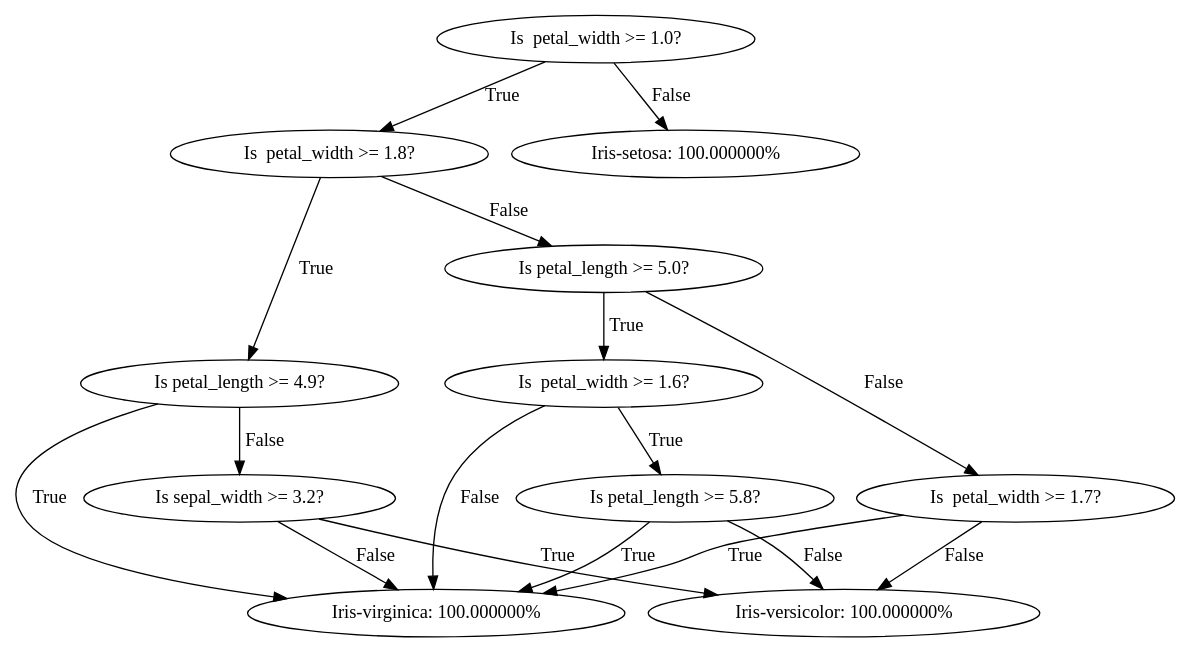
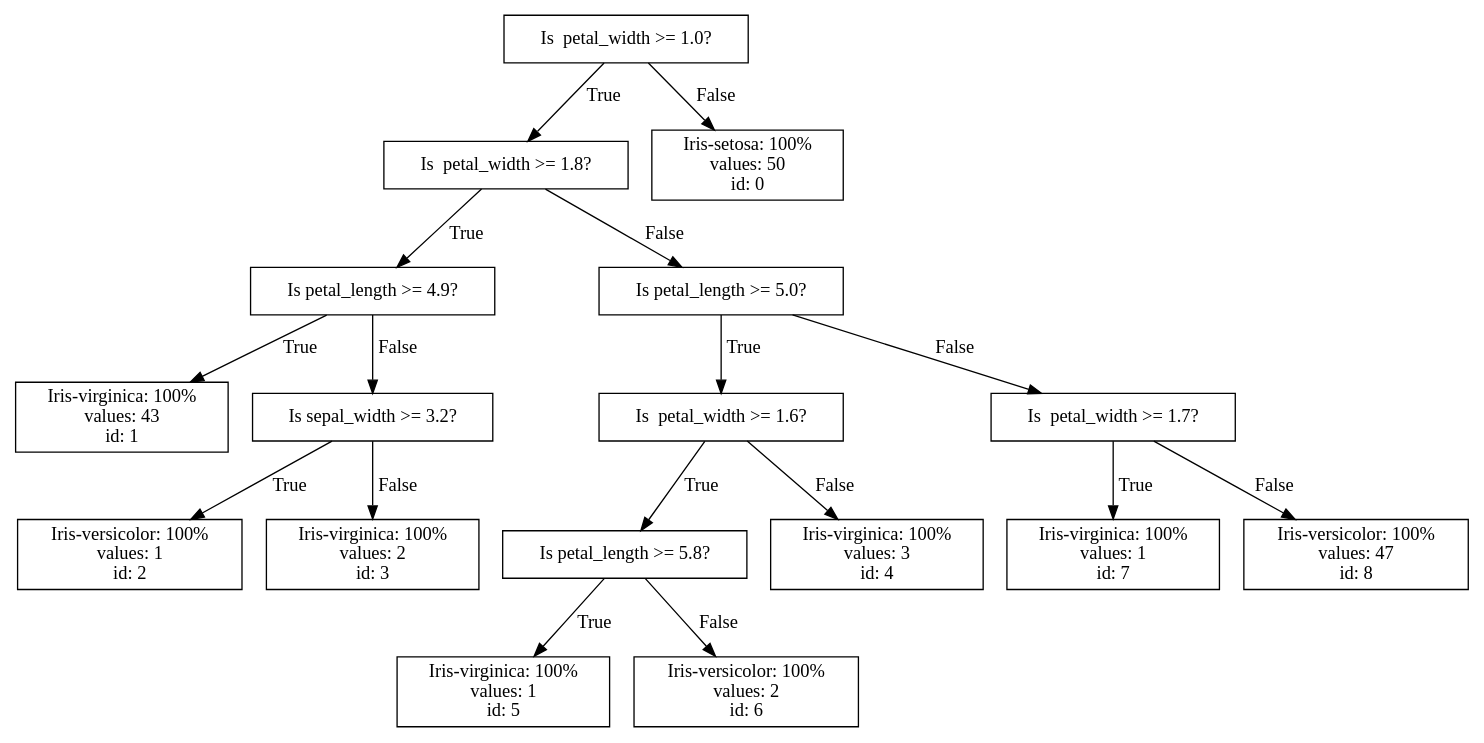
Before and after one commit to juliangaal/dtree: the diagram in docs/graph.dot, drawn with Graphviz. The commit also changed 1 other file, not shown here.

Commit message:
update .dot file for docs with iris example and updated graphviz

```diff
--- a/docs/graph.dot
+++ b/docs/graph.dot
@@ -1,18 +1,35 @@
 digraph {
+   "Is  petal_width >= 1.0?" [shape=box];
    "Is  petal_width >= 1.0?" -> "Is  petal_width >= 1.8?"[label="True"];
-   "Is  petal_width >= 1.0?" -> "Iris-setosa: 100.000000% "[label="False"];
+   "Is  petal_width >= 1.0?" -> "Iris-setosa: 100% \nvalues: 50 \nid: 0"[label="False"];
+   "Iris-setosa: 100% \nvalues: 50 \nid: 0" [shape=box];
+   "Is  petal_width >= 1.8?" [shape=box];
    "Is  petal_width >= 1.8?" -> "Is petal_length >= 4.9?"[label="True"];
    "Is  petal_width >= 1.8?" -> "Is petal_length >= 5.0?"[label="False"];
-   "Is petal_length >= 4.9?" -> "Iris-virginica: 100.000000% "[label="True"];
+   "Is petal_length >= 4.9?" [shape=box];
+   "Is petal_length >= 4.9?" -> "Iris-virginica: 100% \nvalues: 43 \nid: 1"[label="True"];
+   "Iris-virginica: 100% \nvalues: 43 \nid: 1" [shape=box];
    "Is petal_length >= 4.9?" -> "Is sepal_width >= 3.2?"[label="False"];
-   "Is sepal_width >= 3.2?" -> "Iris-versicolor: 100.000000% "[label="True"];
-   "Is sepal_width >= 3.2?" -> "Iris-virginica: 100.000000% "[label="False"];
+   "Is sepal_width >= 3.2?" [shape=box];
+   "Is sepal_width >= 3.2?" -> "Iris-versicolor: 100% \nvalues: 1 \nid: 2"[label="True"];
+   "Iris-versicolor: 100% \nvalues: 1 \nid: 2" [shape=box];
+   "Is sepal_width >= 3.2?" -> "Iris-virginica: 100% \nvalues: 2 \nid: 3"[label="False"];
+   "Iris-virginica: 100% \nvalues: 2 \nid: 3" [shape=box];
+   "Is petal_length >= 5.0?" [shape=box];
    "Is petal_length >= 5.0?" -> "Is  petal_width >= 1.6?"[label="True"];
    "Is petal_length >= 5.0?" -> "Is  petal_width >= 1.7?"[label="False"];
+   "Is  petal_width >= 1.6?" [shape=box];
    "Is  petal_width >= 1.6?" -> "Is petal_length >= 5.8?"[label="True"];
-   "Is  petal_width >= 1.6?" -> "Iris-virginica: 100.000000% "[label="False"];
-   "Is petal_length >= 5.8?" -> "Iris-virginica: 100.000000% "[label="True"];
-   "Is petal_length >= 5.8?" -> "Iris-versicolor: 100.000000% "[label="False"];
-   "Is  petal_width >= 1.7?" -> "Iris-virginica: 100.000000% "[label="True"];
-   "Is  petal_width >= 1.7?" -> "Iris-versicolor: 100.000000% "[label="False"];
+   "Is  petal_width >= 1.6?" -> "Iris-virginica: 100% \nvalues: 3 \nid: 4"[label="False"];
+   "Iris-virginica: 100% \nvalues: 3 \nid: 4" [shape=box];
+   "Is petal_length >= 5.8?" [shape=box];
+   "Is petal_length >= 5.8?" -> "Iris-virginica: 100% \nvalues: 1 \nid: 5"[label="True"];
+   "Iris-virginica: 100% \nvalues: 1 \nid: 5" [shape=box];
+   "Is petal_length >= 5.8?" -> "Iris-versicolor: 100% \nvalues: 2 \nid: 6"[label="False"];
+   "Iris-versicolor: 100% \nvalues: 2 \nid: 6" [shape=box];
+   "Is  petal_width >= 1.7?" [shape=box];
+   "Is  petal_width >= 1.7?" -> "Iris-virginica: 100% \nvalues: 1 \nid: 7"[label="True"];
+   "Iris-virginica: 100% \nvalues: 1 \nid: 7" [shape=box];
+   "Is  petal_width >= 1.7?" -> "Iris-versicolor: 100% \nvalues: 47 \nid: 8"[label="False"];
+   "Iris-versicolor: 100% \nvalues: 47 \nid: 8" [shape=box];
 }
```
